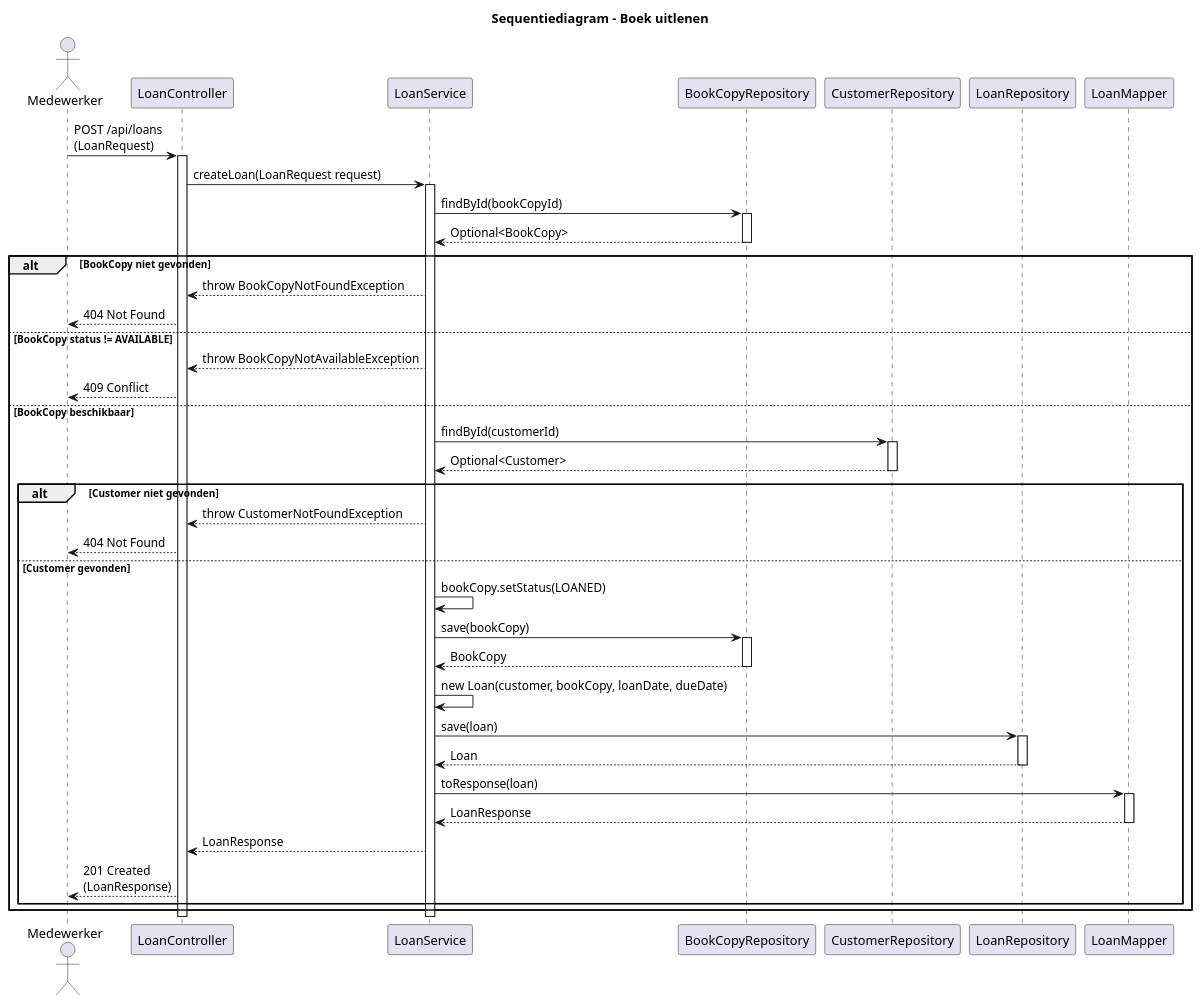
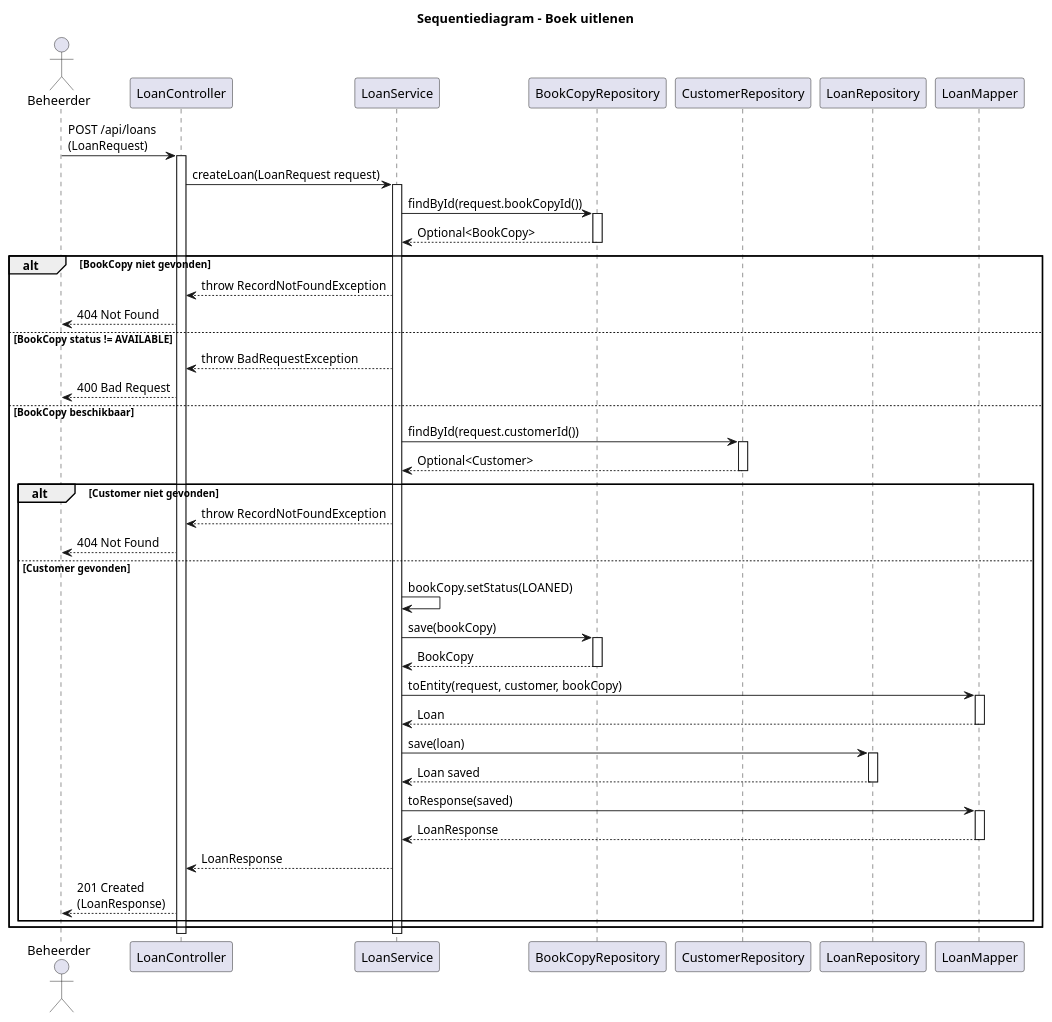
Before and after one commit to I-Tosun/library-api: the diagram in docs/uml/sequence-loan.puml, drawn with PlantUML. The commit also changed 3 other files, not shown here.

Commit message:
Update README and UML diagrams

```diff
--- a/docs/uml/sequence-loan.puml
+++ b/docs/uml/sequence-loan.puml
@@ -1,65 +1,68 @@
 @startuml
-
 title Sequentiediagram - Boek uitlenen
 
-actor Medewerker
+actor Beheerder
 participant "LoanController" as Controller
 participant "LoanService" as Service
 participant "BookCopyRepository" as BookCopyRepo
 participant "CustomerRepository" as CustomerRepo
 participant "LoanRepository" as LoanRepo
 participant "LoanMapper" as Mapper
 
-Medewerker -> Controller : POST /api/loans\n(LoanRequest)
+Beheerder -> Controller : POST /api/loans\n(LoanRequest)
 activate Controller
 
 Controller -> Service : createLoan(LoanRequest request)
 activate Service
 
-Service -> BookCopyRepo : findById(bookCopyId)
+Service -> BookCopyRepo : findById(request.bookCopyId())
 activate BookCopyRepo
 BookCopyRepo --> Service : Optional<BookCopy>
 deactivate BookCopyRepo
 
 alt BookCopy niet gevonden
-    Service --> Controller : throw BookCopyNotFoundException
-    Controller --> Medewerker : 404 Not Found
+    Service --> Controller : throw RecordNotFoundException
+    Controller --> Beheerder : 404 Not Found
 else BookCopy status != AVAILABLE
-    Service --> Controller : throw BookCopyNotAvailableException
-    Controller --> Medewerker : 409 Conflict
+    Service --> Controller : throw BadRequestException
+    Controller --> Beheerder : 400 Bad Request
 else BookCopy beschikbaar
-    Service -> CustomerRepo : findById(customerId)
+    Service -> CustomerRepo : findById(request.customerId())
     activate CustomerRepo
     CustomerRepo --> Service : Optional<Customer>
     deactivate CustomerRepo
 
     alt Customer niet gevonden
-        Service --> Controller : throw CustomerNotFoundException
-        Controller --> Medewerker : 404 Not Found
+        Service --> Controller : throw RecordNotFoundException
+        Controller --> Beheerder : 404 Not Found
     else Customer gevonden
         Service -> Service : bookCopy.setStatus(LOANED)
         Service -> BookCopyRepo : save(bookCopy)
         activate BookCopyRepo
         BookCopyRepo --> Service : BookCopy
         deactivate BookCopyRepo
 
-        Service -> Service : new Loan(customer, bookCopy, loanDate, dueDate)
+        Service -> Mapper : toEntity(request, customer, bookCopy)
+        activate Mapper
+        Mapper --> Service : Loan
+        deactivate Mapper
+
         Service -> LoanRepo : save(loan)
         activate LoanRepo
-        LoanRepo --> Service : Loan
+        LoanRepo --> Service : Loan saved
         deactivate LoanRepo
 
-        Service -> Mapper : toResponse(loan)
+        Service -> Mapper : toResponse(saved)
         activate Mapper
         Mapper --> Service : LoanResponse
         deactivate Mapper
 
         Service --> Controller : LoanResponse
-        Controller --> Medewerker : 201 Created\n(LoanResponse)
+        Controller --> Beheerder : 201 Created\n(LoanResponse)
     end
 end
 
 deactivate Service
 deactivate Controller
 
 @enduml
```
